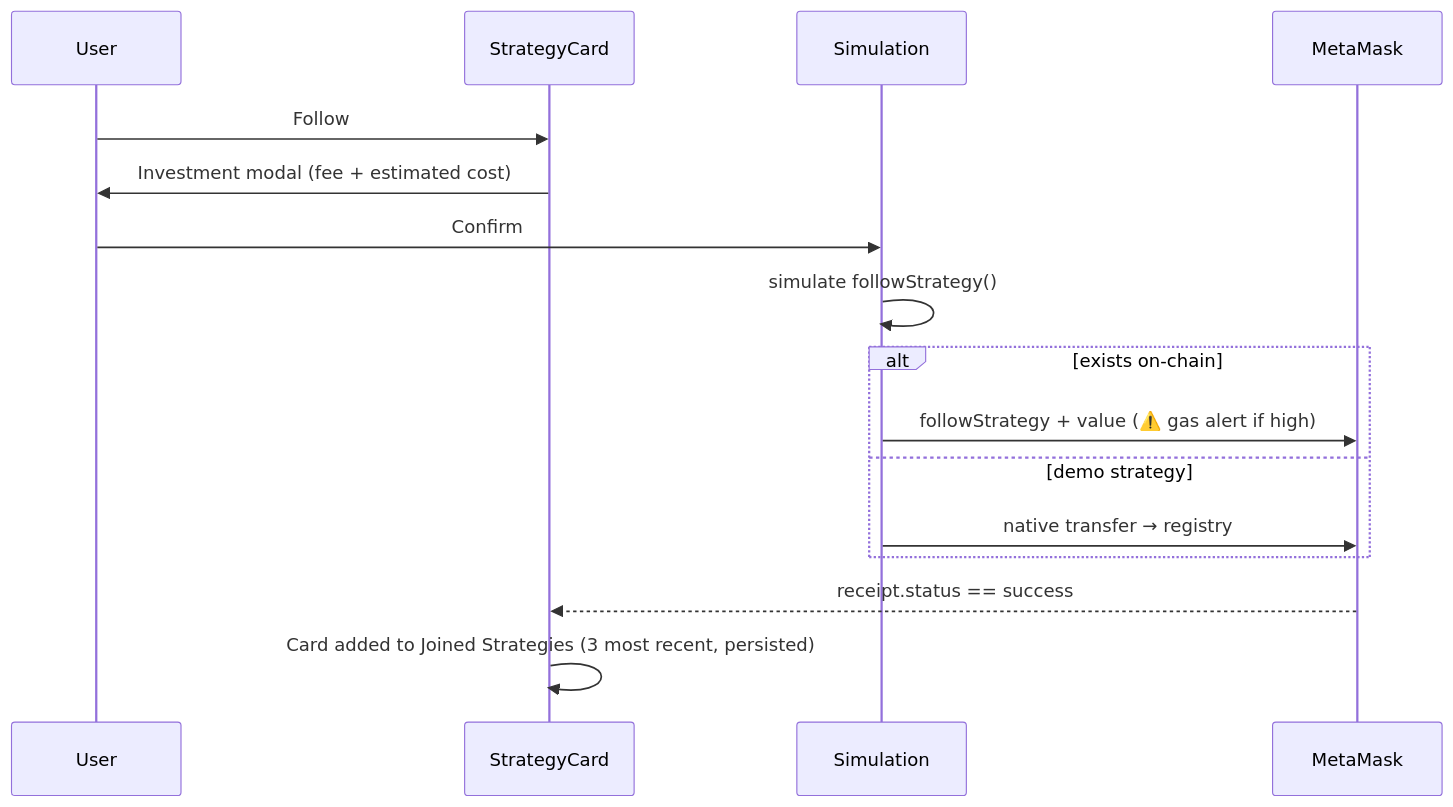
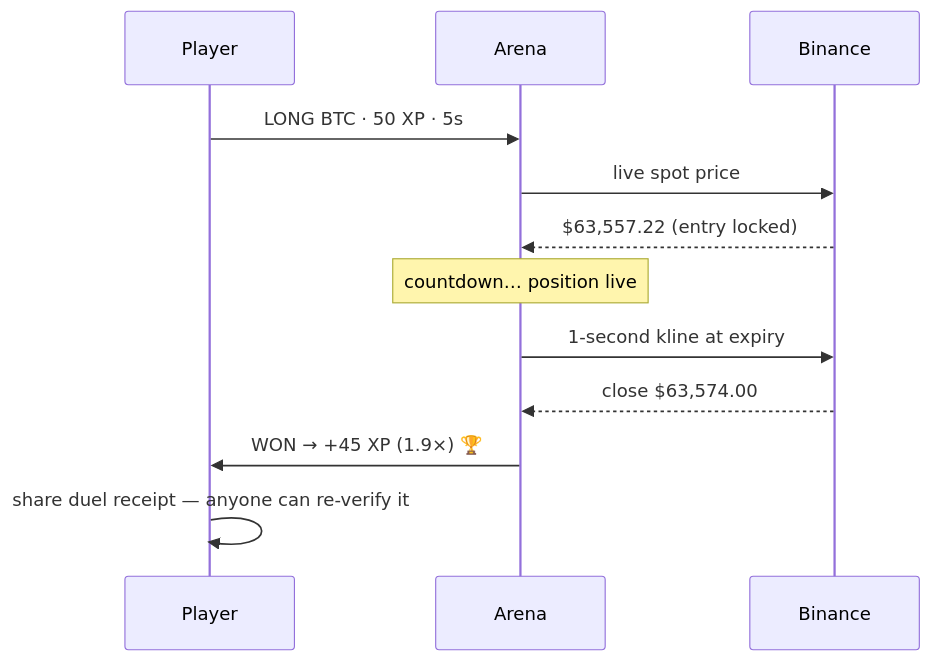
Before and after one commit to harsh11067/DefiMosaic: the second of 3 diagrams in README.md, drawn with Mermaid. The commit also changed other lines of this file and 3 other files, not shown here.

````diff
--- a/README.md
+++ b/README.md
@@ -73,18 +107,14 @@
 ```mermaid
 sequenceDiagram
-    participant U as User
-    participant UI as StrategyCard
-    participant Sim as Simulation
-    participant MM as MetaMask
-    U->>UI: Follow
-    UI->>U: Investment modal (fee + estimated cost)
-    U->>Sim: Confirm
-    Sim->>Sim: simulate followStrategy()
-    alt exists on-chain
-        Sim->>MM: followStrategy + value (⚠️ gas alert if high)
-    else demo strategy
-        Sim->>MM: native transfer → registry
-    end
-    MM-->>UI: receipt.status == success
-    UI->>UI: Card added to Joined Strategies (3 most recent, persisted)
+    participant U as Player
+    participant A as Arena
+    participant B as Binance
+    U->>A: LONG BTC · 50 XP · 5s
+    A->>B: live spot price
+    B-->>A: $63,557.22 (entry locked)
+    Note over A: countdown… position live
+    A->>B: 1-second kline at expiry
+    B-->>A: close $63,574.00
+    A->>U: WON → +45 XP (1.9×) 🏆
+    U->>U: share duel receipt — anyone can re-verify it
 ```
````
